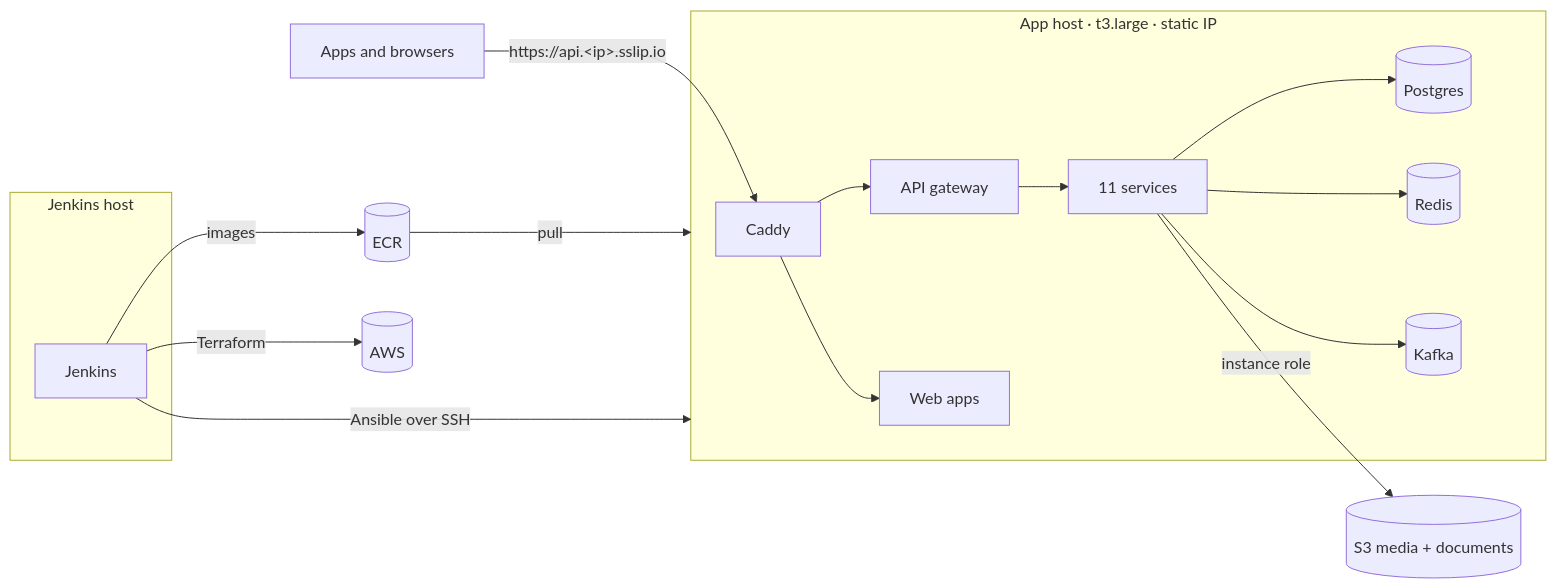
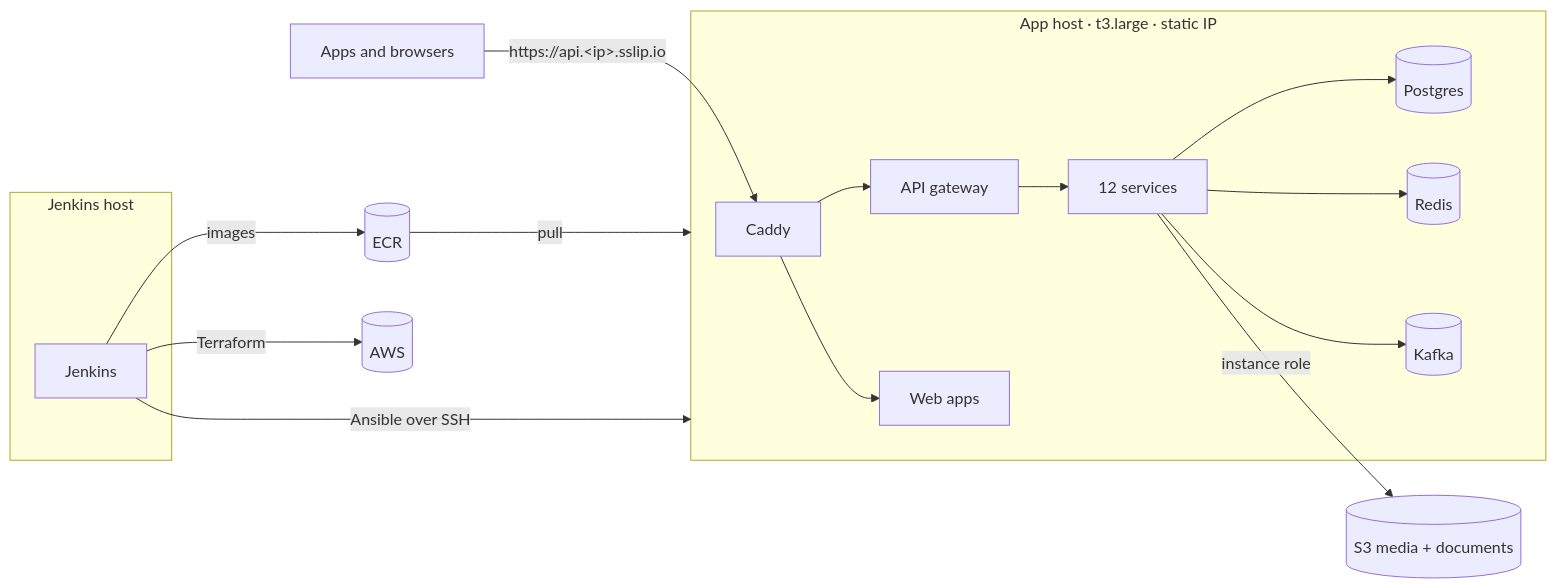
The diagram in README.md (Delivery-Plus0/delivery-plus-infra), drawn with Mermaid before and after one commit. The commit also changed other lines of this file and 8 other files, not shown here.

````diff
--- a/README.md
+++ b/README.md
@@ -10,16 +10,16 @@
 ```mermaid
 flowchart LR
     apps[Apps and browsers] -->|https://api.&lt;ip&gt;.sslip.io| caddy
     subgraph app[App host · t3.large · static IP]
-        caddy[Caddy] --> gw[API gateway] --> svc[11 services]
+        caddy[Caddy] --> gw[API gateway] --> svc[12 services]
         svc --> pg[(Postgres)] & rd[(Redis)] & kf[(Kafka)]
         caddy --> web[Web apps]
     end
     svc -->|instance role| s3[(S3 media + documents)]
     subgraph ci[Jenkins host]
         jk[Jenkins]
     end
     jk -->|images| ecr[(ECR)] -->|pull| app
     jk -->|Terraform| aws[(AWS)]
     jk -->|Ansible over SSH| app
 ```
````
